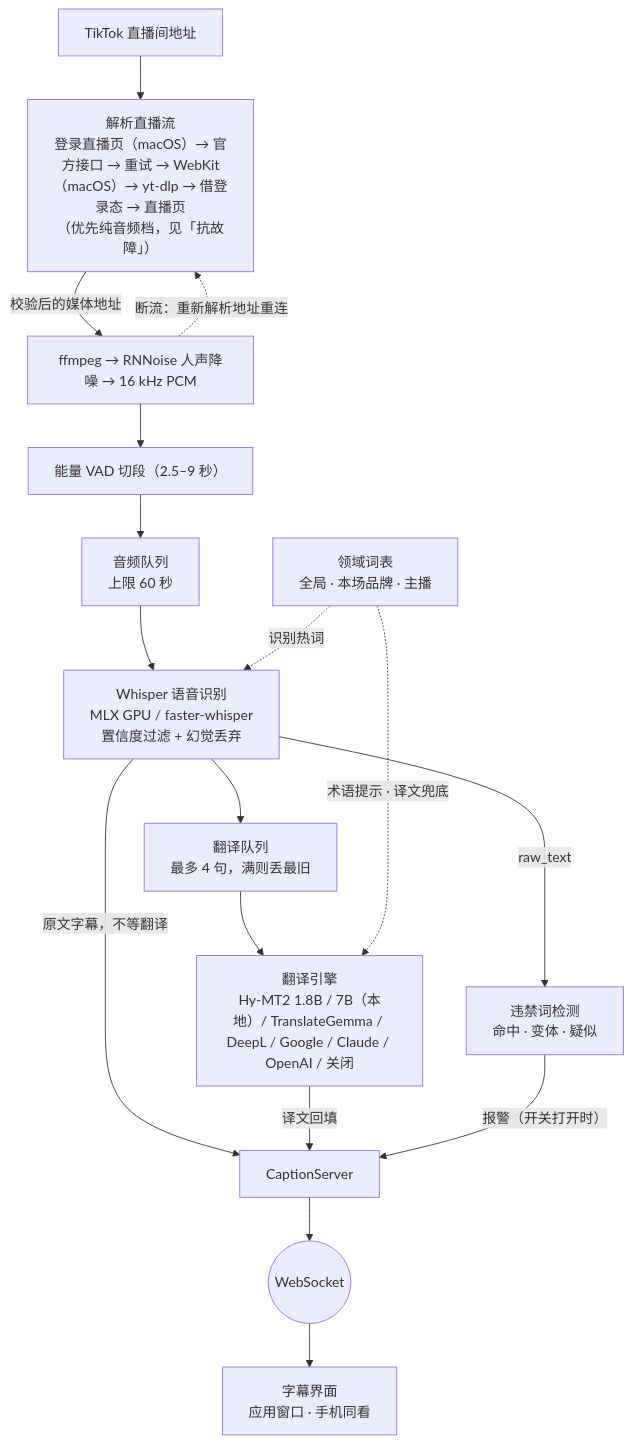
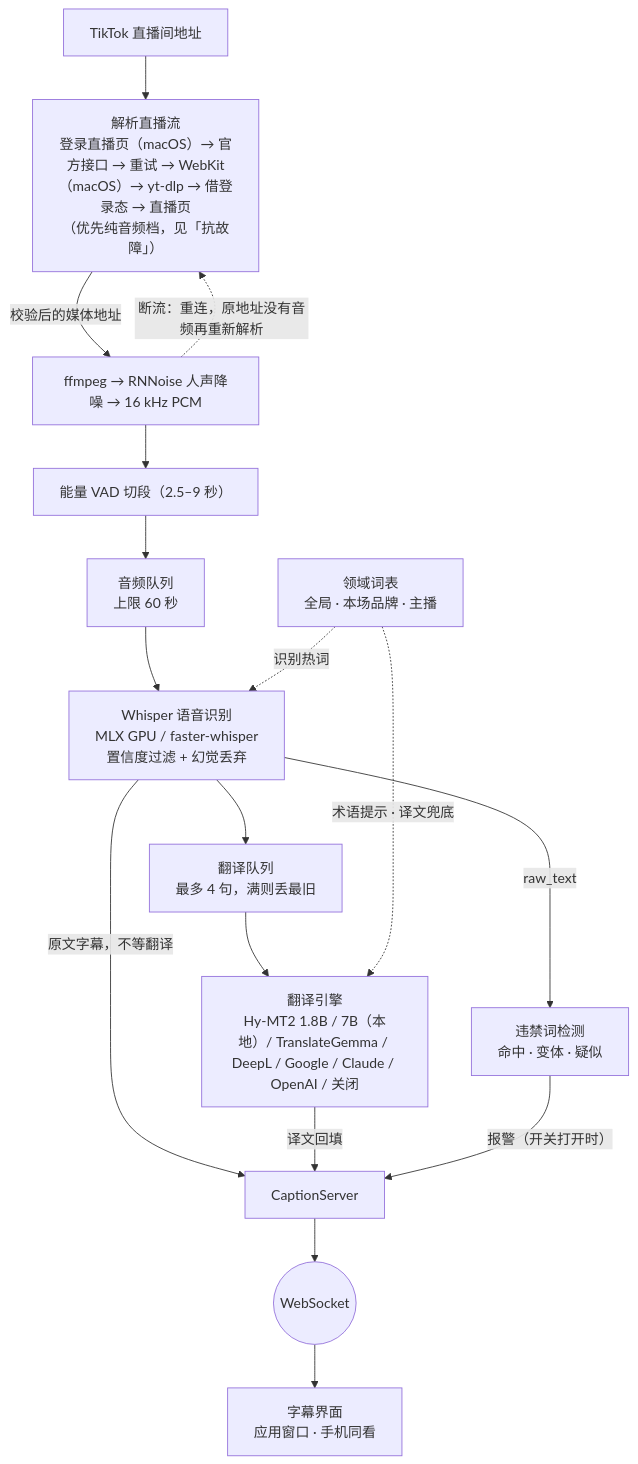
Before and after one commit to EM917/tiktok-live-translator: the diagram in docs/architecture/mermaid.zh-CN.md, drawn with Mermaid. The commit also changed 5 other files, not shown here.

````diff
--- a/docs/architecture/mermaid.zh-CN.md
+++ b/docs/architecture/mermaid.zh-CN.md
@@ -10,19 +10,19 @@
 ```mermaid
 flowchart TD
     URL["TikTok 直播间地址"] --> RESOLVE["解析直播流<br/>登录直播页（macOS）→ 官方接口 → 重试 → WebKit（macOS）→ yt-dlp → 借登录态 → 直播页<br/>（优先纯音频档，见「抗故障」）"]
     RESOLVE -->|"校验后的媒体地址"| FF["ffmpeg → RNNoise 人声降噪 → 16 kHz PCM"]
     FF --> VAD["能量 VAD 切段（2.5–9 秒）"]
     VAD --> AQ["音频队列<br/>上限 60 秒"]
     AQ --> ASR["Whisper 语音识别<br/>MLX GPU / faster-whisper<br/>置信度过滤 + 幻觉丢弃"]
     GL["领域词表<br/>全局 · 本场品牌 · 主播"] -.->|"识别热词"| ASR
     ASR -->|"原文字幕，不等翻译"| SRV["CaptionServer"]
     ASR --> TQ["翻译队列<br/>最多 4 句，满则丢最旧"]
     TQ --> TR["翻译引擎<br/>Hy-MT2 1.8B / 7B（本地）/ TranslateGemma / DeepL / Google / Claude / OpenAI / 关闭"]
     GL -.->|"术语提示 · 译文兜底"| TR
     TR -->|"译文回填"| SRV
     ASR -->|"raw_text"| DET["违禁词检测<br/>命中 · 变体 · 疑似"]
     DET -->|"报警（开关打开时）"| SRV
     SRV --> WS(("WebSocket"))
     WS --> UI["字幕界面<br/>应用窗口 · 手机同看"]
-    FF -.->|"断流：重新解析地址重连"| RESOLVE
+    FF -.->|"断流：重连，原地址没有音频再重新解析"| RESOLVE
 ```
````
